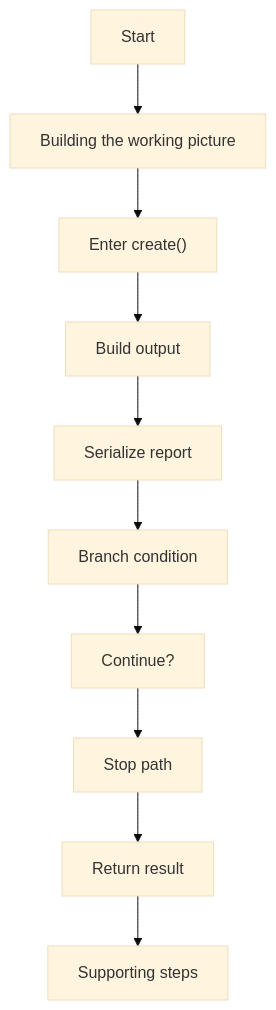
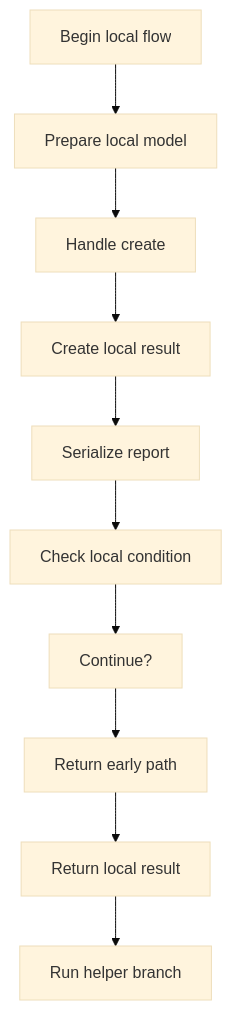
One commit to JohnAndrewBalbarosa/NeoTerritory changed the first of 4 diagrams in docs/Codebase/Microservice/Test/Input/factory_to_base_unresolved_instance_source.cpp.md. Above: the diagram before and after it, drawn with Mermaid (base theme). The commit also changed other lines of this file and 915 other files, not shown here.

````diff
--- a/docs/Codebase/Microservice/Test/Input/factory_to_base_unresolved_instance_source.cpp.md
+++ b/docs/Codebase/Microservice/Test/Input/factory_to_base_unresolved_instance_source.cpp.md
@@ -25,22 +24,22 @@
 ```mermaid
 flowchart TD
-    N0["Start"]
-    N1["Building the working picture"]
-    N2["Enter create()"]
-    N3["Build output"]
+    N0["Begin local flow"]
+    N1["Prepare local model"]
+    N2["Handle create"]
+    N3["Create local result"]
     N4["Serialize report"]
-    N5["Branch condition"]
+    N5["Check local condition"]
     N6["Continue?"]
-    N7["Stop path"]
-    N8["Return result"]
-    N9["Supporting steps"]
+    N7["Return early path"]
+    N8["Return local result"]
+    N9["Run helper branch"]
     N0 --> N1
     N1 --> N2
     N2 --> N3
     N3 --> N4
     N4 --> N5
     N5 --> N6
     N6 --> N7
     N7 --> N8
     N8 --> N9
 ```
````
